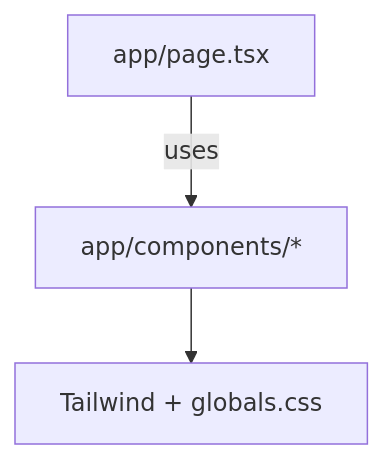
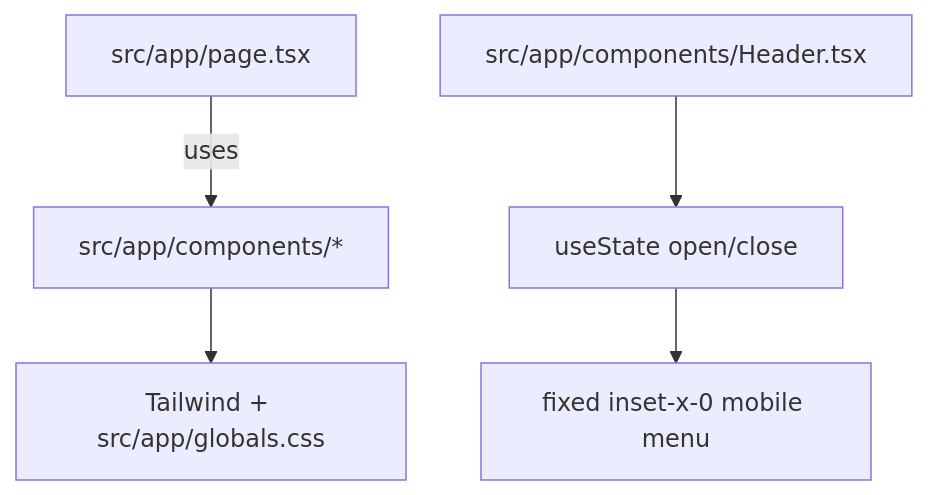
The diagram in lode/practices.md (ipavic933-spec/website-pavic), drawn with Mermaid before and after one commit. The commit also changed other lines of this file and 4 other files, not shown here.

````diff
--- a/lode/practices.md
+++ b/lode/practices.md
@@ -10,5 +10,7 @@
 ```mermaid
 flowchart TD
-  Page["app/page.tsx"] -->|uses| Components["app/components/*"]
-  Components --> Styles["Tailwind + globals.css"]
+  Page["src/app/page.tsx"] -->|uses| Components["src/app/components/*"]
+  Components --> Styles["Tailwind + src/app/globals.css"]
+  Header["src/app/components/Header.tsx"] --> Toggle["useState open/close"]
+  Toggle --> OverlayNav["fixed inset-x-0 mobile menu"]
 ```
````
